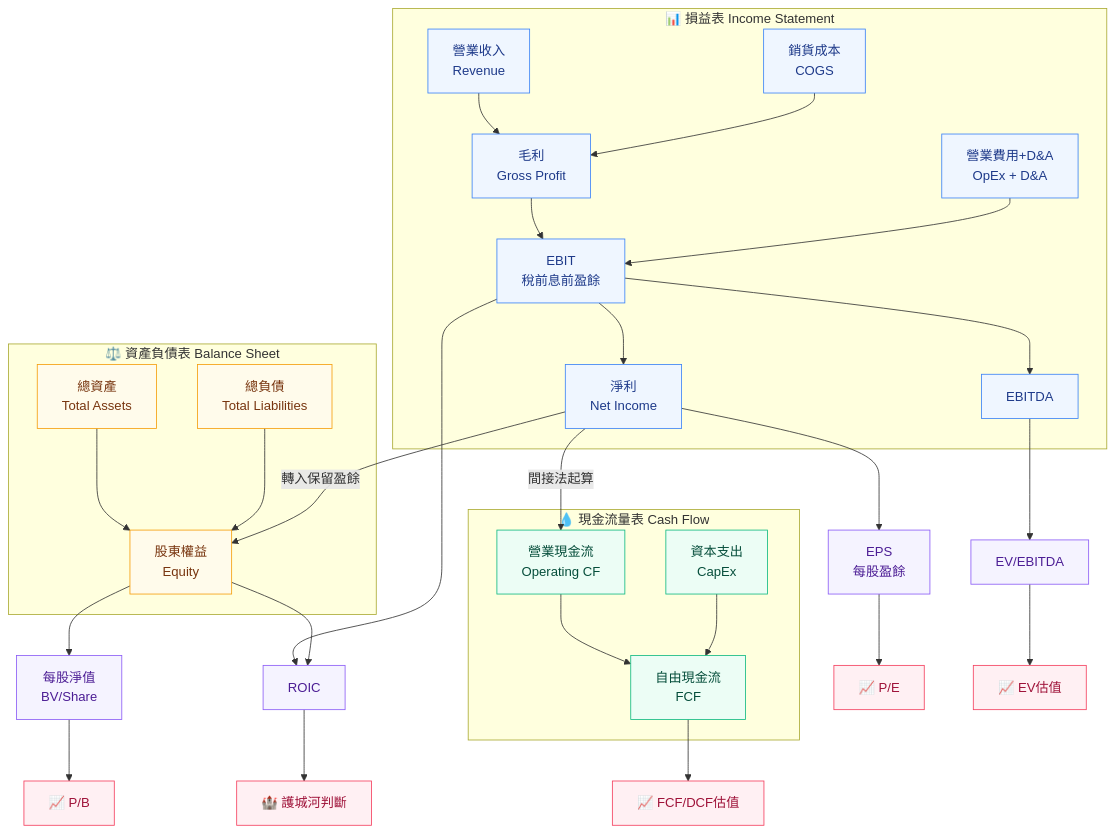
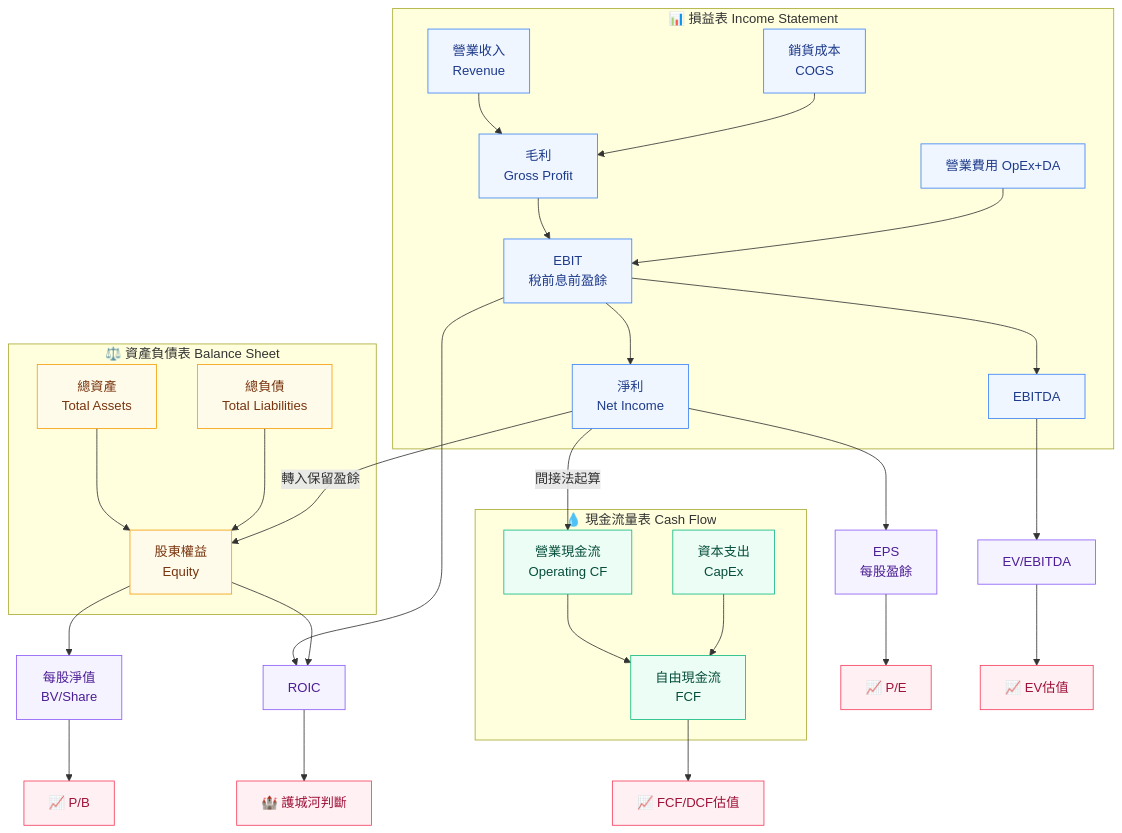
One commit to a0972210123/personal-website changed the diagram in src/content/blog/family-investing-07-financial-statements.md. Above: the diagram before and after it, drawn with Mermaid.

Commit message:
fix: correct Mermaid v11 syntax errors in flow diagram
Three confirmed bugs (review agent analysis):
1. \n in node labels → replace with <br> (Mermaid v11 regression)
2. & in D&A inside HTML div → HTML parser doubles-encodes to &amp;amp;,
   replaced with plain text "DA"
3. -->|"quoted"| pipe labels → remove inner quotes, use -->|text|

https://claude.ai/code/session_01PGwz1e3N4fwsRttxRNcofh

```diff
--- a/src/content/blog/family-investing-07-financial-statements.md
+++ b/src/content/blog/family-investing-07-financial-statements.md
@@ -265,55 +265,55 @@
 <div class="mermaid">
 flowchart TB
   classDef is fill:#eff6ff,stroke:#3b82f6,color:#1e3a8a
   classDef bs fill:#fffbeb,stroke:#f59e0b,color:#78350f
   classDef cf fill:#ecfdf5,stroke:#10b981,color:#064e3b
   classDef dr fill:#f5f3ff,stroke:#8b5cf6,color:#4c1d95
   classDef mk fill:#fff0f3,stroke:#f43f5e,color:#9f1239
 
   subgraph IS["📊 損益表 Income Statement"]
-    Rev["營業收入\nRevenue"]:::is
-    COGS["銷貨成本\nCOGS"]:::is
-    GP["毛利\nGross Profit"]:::is
-    OpEx["營業費用+D&A\nOpEx + D&A"]:::is
-    EBIT["EBIT\n稅前息前盈餘"]:::is
+    Rev["營業收入<br>Revenue"]:::is
+    COGS["銷貨成本<br>COGS"]:::is
+    GP["毛利<br>Gross Profit"]:::is
+    OpEx["營業費用 OpEx+DA"]:::is
+    EBIT["EBIT<br>稅前息前盈餘"]:::is
     EBITDA["EBITDA"]:::is
-    NI["淨利\nNet Income"]:::is
+    NI["淨利<br>Net Income"]:::is
     Rev --> GP
     COGS --> GP
     GP --> EBIT
     OpEx --> EBIT
     EBIT --> EBITDA
     EBIT --> NI
   end
 
   subgraph BS["⚖️ 資產負債表 Balance Sheet"]
-    TA["總資產\nTotal Assets"]:::bs
-    TL["總負債\nTotal Liabilities"]:::bs
-    EQ["股東權益\nEquity"]:::bs
+    TA["總資產<br>Total Assets"]:::bs
+    TL["總負債<br>Total Liabilities"]:::bs
+    EQ["股東權益<br>Equity"]:::bs
     TA --> EQ
     TL --> EQ
   end
 
   subgraph CF["💧 現金流量表 Cash Flow"]
-    OCF["營業現金流\nOperating CF"]:::cf
-    CapEx["資本支出\nCapEx"]:::cf
-    FCF["自由現金流\nFCF"]:::cf
+    OCF["營業現金流<br>Operating CF"]:::cf
+    CapEx["資本支出<br>CapEx"]:::cf
+    FCF["自由現金流<br>FCF"]:::cf
     OCF --> FCF
     CapEx --> FCF
   end
 
-  NI -->|"轉入保留盈餘"| EQ
-  NI -->|"間接法起算"| OCF
+  NI -->|轉入保留盈餘| EQ
+  NI -->|間接法起算| OCF
 
-  NI --> EPS["EPS\n每股盈餘"]:::dr
-  EQ --> BVPS["每股淨值\nBV/Share"]:::dr
+  NI --> EPS["EPS<br>每股盈餘"]:::dr
+  EQ --> BVPS["每股淨值<br>BV/Share"]:::dr
   EBIT --> ROIC["ROIC"]:::dr
   EQ --> ROIC
   EBITDA --> EVM["EV/EBITDA"]:::dr
 
   EPS --> PE["📈 P/E"]:::mk
   BVPS --> PB["📈 P/B"]:::mk
   ROIC --> Moat["🏰 護城河判斷"]:::mk
   EVM --> EVval["📈 EV估值"]:::mk
   FCF --> DCF["📈 FCF/DCF估值"]:::mk
 </div>
```
